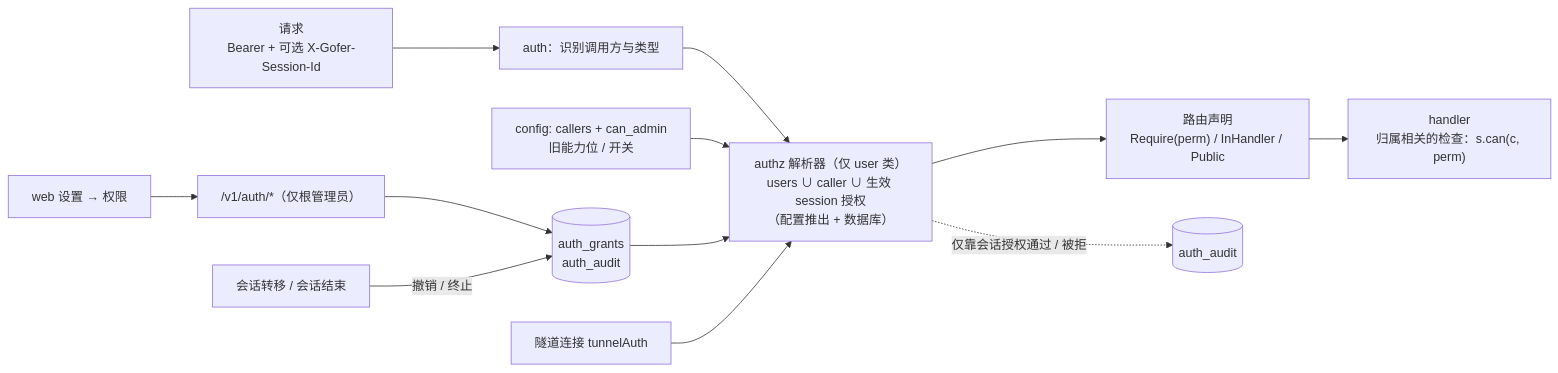
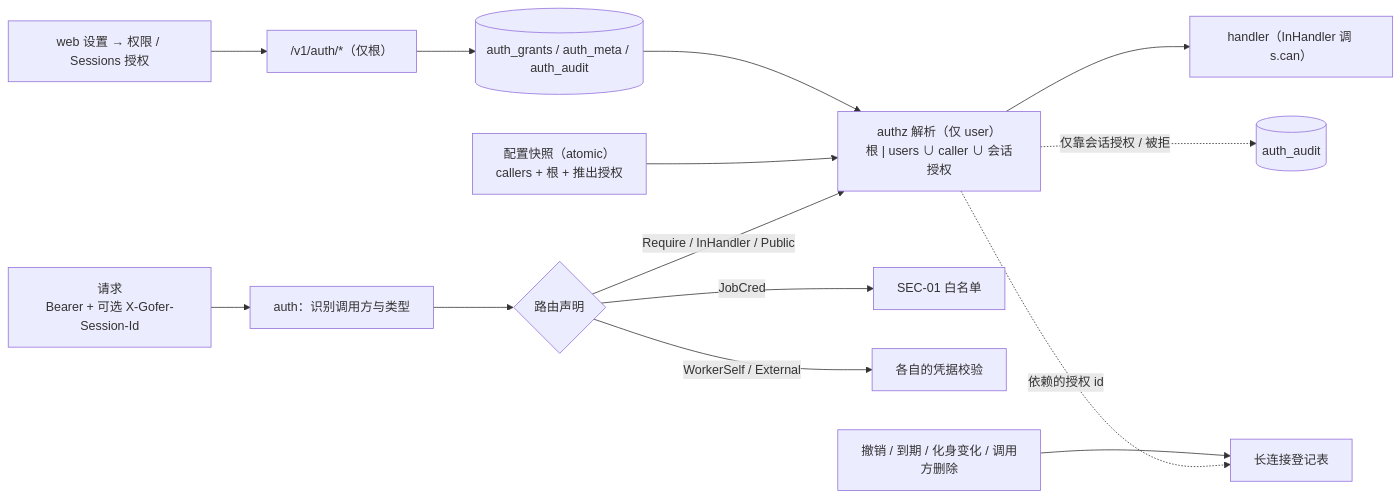
One commit to inhere/gofer changed the first of 2 diagrams in docs/design/2026-10-14-db-capabilities-and-session-grants-design.md. Above: the diagram before and after it, drawn with Mermaid. The commit also changed other lines of this file and 1 other file, not shown here.

Commit message:
docs(design): permission catalog Draft 0.4 with the full route inventory

````diff
--- a/docs/design/2026-10-14-db-capabilities-and-session-grants-design.md
+++ b/docs/design/2026-10-14-db-capabilities-and-session-grants-design.md
@@ -204,13 +276,15 @@
 ```mermaid
 flowchart LR
   REQ["请求<br/>Bearer + 可选 X-Gofer-Session-Id"] --> AUTH["auth：识别调用方与类型"]
-  AUTH --> RES["authz 解析器（仅 user 类）<br/>users ∪ caller ∪ 生效 session 授权<br/>（配置推出 + 数据库）"]
-  RES --> ROUTE["路由声明<br/>Require(perm) / InHandler / Public"]
-  ROUTE --> H["handler<br/>归属相关的检查：s.can(c, perm)"]
-  RES -. 仅靠会话授权通过 / 被拒 .-> AUD[("auth_audit")]
-  WEB["web 设置 → 权限"] --> API["/v1/auth/*（仅根管理员）"] --> DB[("auth_grants<br/>auth_audit")]
-  CFG["config: callers + can_admin<br/>旧能力位 / 开关"] --> RES
+  AUTH --> ROUTE{"路由声明"}
+  ROUTE -- "Require / InHandler / Public" --> RES["authz 解析（仅 user）<br/>根 | users ∪ caller ∪ 会话授权"]
+  ROUTE -- "JobCred" --> SEC["SEC-01 白名单"]
+  ROUTE -- "WorkerSelf / External" --> OWN["各自的凭据校验"]
+  RES --> H["handler（InHandler 调 s.can）"]
+  RES -. "仅靠会话授权 / 被拒" .-> AUD[("auth_audit")]
+  RES -. "依赖的授权 id" .-> LL["长连接登记表"]
+  WEB["web 设置 → 权限 / Sessions 授权"] --> API["/v1/auth/*（仅根）"] --> DB[("auth_grants / auth_meta / auth_audit")]
+  SNAP["配置快照（atomic）<br/>callers + 根 + 推出授权"] --> RES
   DB --> RES
-  TUN["隧道连接 tunnelAuth"] --> RES
-  SR["会话转移 / 会话结束"] -- 撤销 / 终止 --> DB
+  REVOKE["撤销 / 到期 / 化身变化 / 调用方删除"] --> LL
 ```
````
